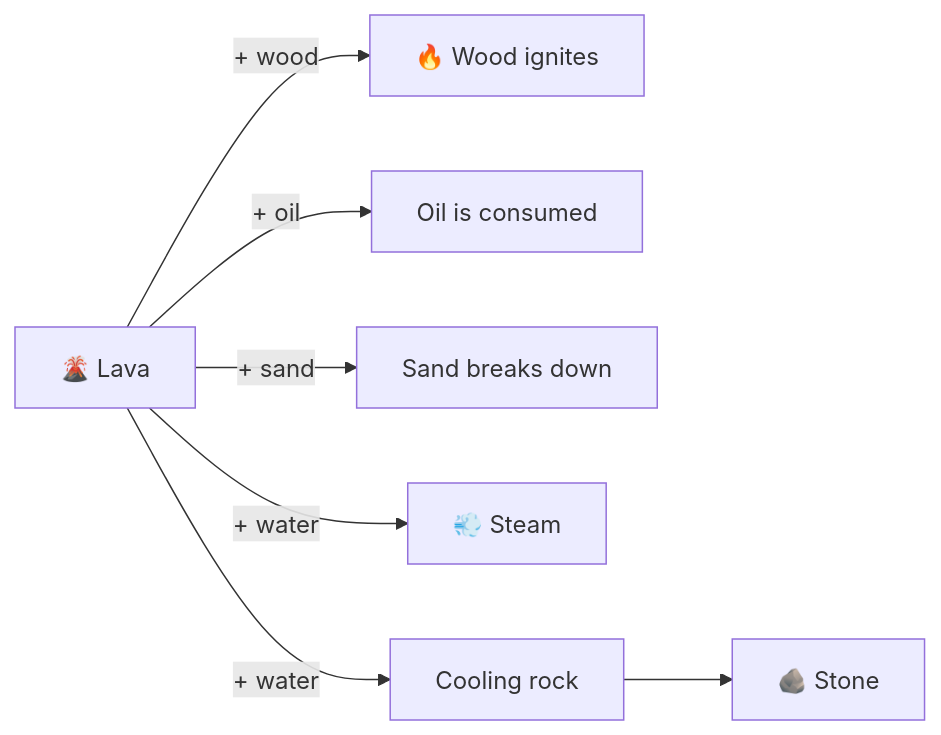
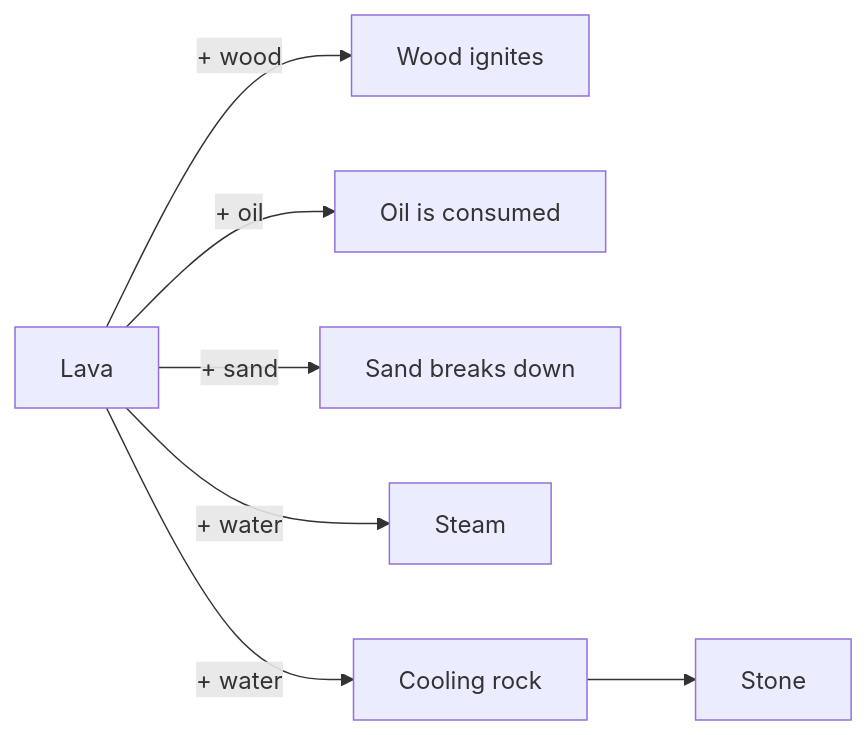
One commit to ygokdogan/particle-lab changed the diagram in README.md. Above: the diagram before and after it, drawn with Mermaid. The commit also changed other lines of this file, not shown here.

````diff
--- a/README.md
+++ b/README.md
@@ -46,8 +46,8 @@
 ```mermaid
 flowchart LR
-    L[🌋 Lava] -->|+ wood| F[🔥 Wood ignites]
+    L[Lava] -->|+ wood| F[Wood ignites]
     L -->|+ oil| C[Oil is consumed]
     L -->|+ sand| B[Sand breaks down]
-    L -->|+ water| S[💨 Steam]
-    L -->|+ water| R[Cooling rock] --> T[🪨 Stone]
+    L -->|+ water| S[Steam]
+    L -->|+ water| R[Cooling rock] --> T[Stone]
 ```
````
